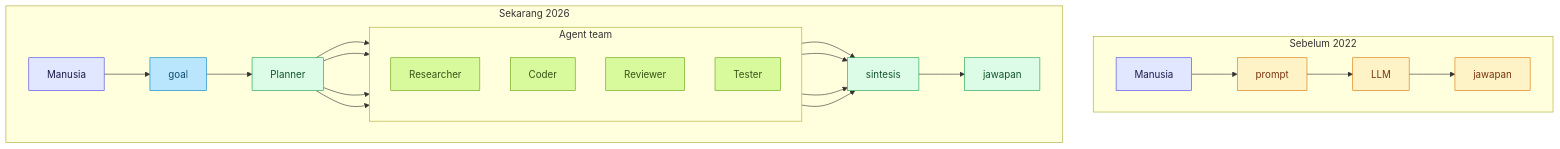
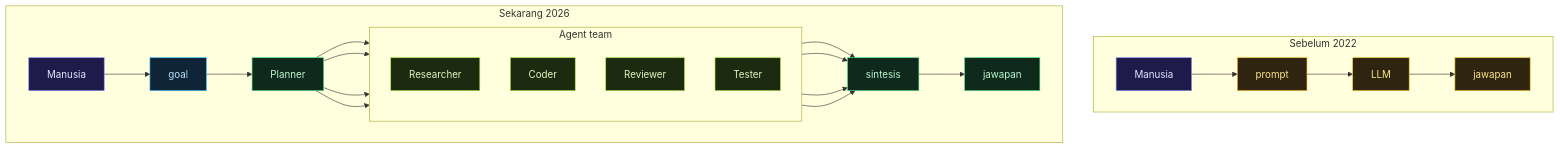
The third of 4 diagrams in src/content/posts/ms/age-01-trend-2026.md (arifbazli/malay-tech-journal), drawn with Mermaid before and after one commit. The commit also changed other lines of this file and 16 other files, not shown here.

First line of the commit message:
fix(mermaid): fix light-theme colors and rendering bugs across all diagrams

````diff
--- a/src/content/posts/ms/age-01-trend-2026.md
+++ b/src/content/posts/ms/age-01-trend-2026.md
@@ -126,37 +125,37 @@
 ```mermaid
 flowchart TB
   subgraph before [Sebelum 2022]
     direction LR
     H1[Manusia] --> P1[prompt] --> L1[LLM] --> A1[jawapan]
   end
   subgraph now [Sekarang 2026]
     direction LR
     H2[Manusia] --> G[goal]
     G --> P[Planner]
     subgraph team [Agent team]
       direction TB
       R[Researcher]:::agent
       C[Coder]:::agent
       Re[Reviewer]:::agent
       T[Tester]:::agent
     end
     P --> R
     P --> C
     P --> Re
     P --> T
     R --> S[sintesis]:::synth
     C --> S
     Re --> S
     T --> S
     S --> A2[jawapan]:::synth
   end
-  classDef human fill:#e0e7ff,stroke:#4f46e5,color:#1e1b4b
-  classDef agent fill:#d9f99d,stroke:#65a30d,color:#365314
-  classDef synth fill:#dcfce7,stroke:#16a34a,color:#14532d
-  classDef agent2022 fill:#fef3c7,stroke:#d97706,color:#78350f
-  classDef goal fill:#bae6fd,stroke:#0284c7,color:#0c4a6e
+  classDef human fill:#1e1b4b,stroke:#818cf8,color:#e0e7ff
+  classDef agent fill:#1c2b10,stroke:#a3e635,color:#e2f7c2
+  classDef synth fill:#0f2a1c,stroke:#4ade80,color:#bbf7d0
+  classDef agent2022 fill:#2e2410,stroke:#fbbf24,color:#fde68a
+  classDef goal fill:#0f2436,stroke:#38bdf8,color:#bae6fd
   class H1,H2 human
   class P1,L1,A1 agent2022
   class G goal
   class P,S,A2 synth
 ```
````
